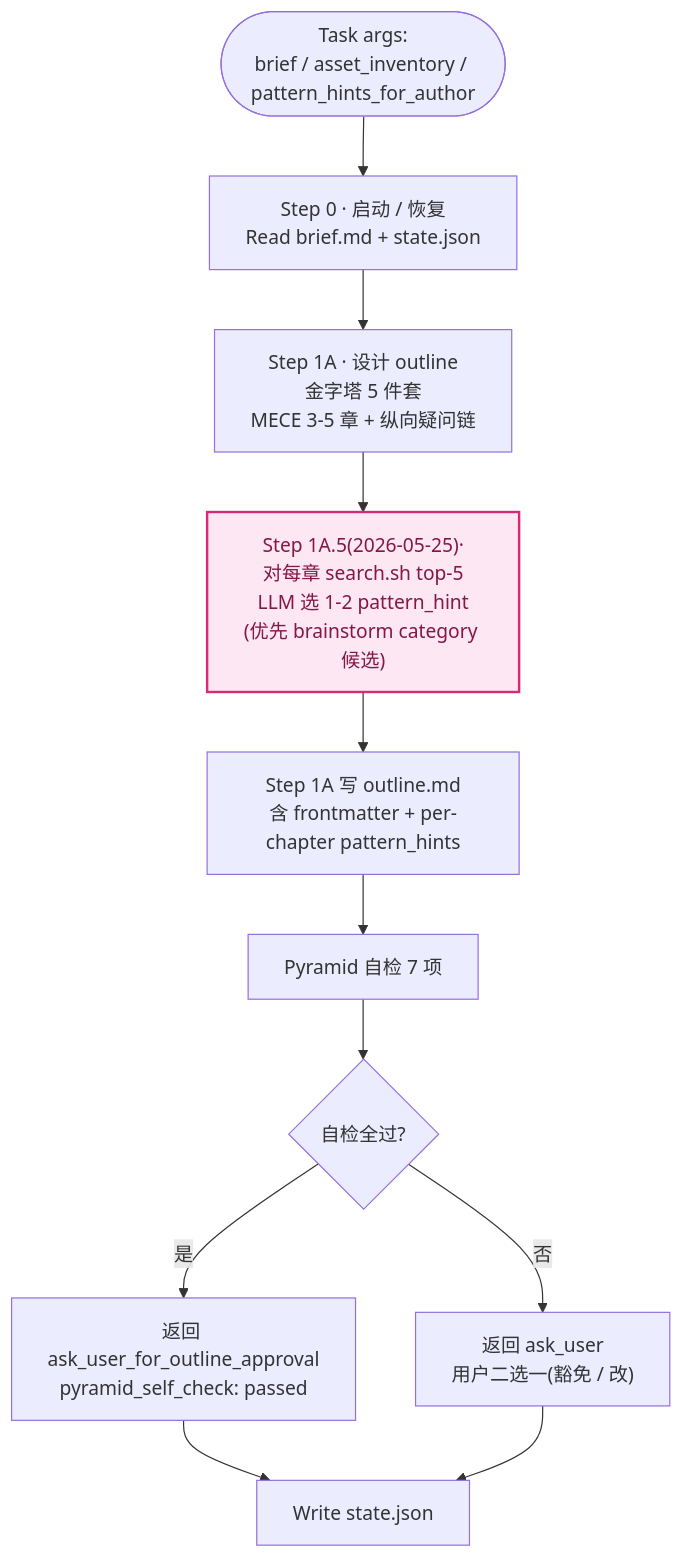
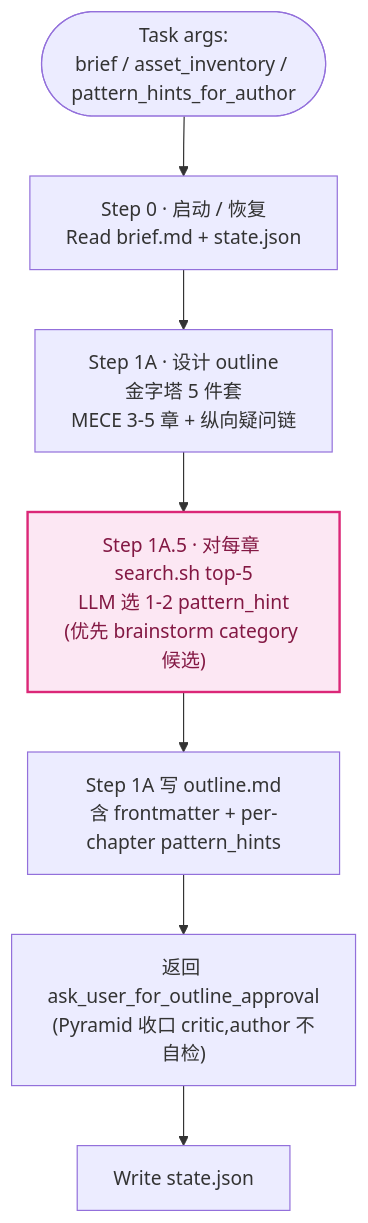
One commit to pcliangx/iLovePPT changed the seventh of 12 diagrams in docs/agent-internals.zh.md. Above: the diagram before and after it, drawn with Mermaid. The commit also changed other lines of this file and 38 other files, not shown here.

````diff
--- a/docs/agent-internals.zh.md
+++ b/docs/agent-internals.zh.md
@@ -674,17 +681,13 @@
 ```mermaid
 flowchart TB
     I([Task args:<br/>brief / asset_inventory / pattern_hints_for_author]) --> S0
     S0["Step 0 · 启动 / 恢复<br/>Read brief.md + state.json"] --> S1
     S1["Step 1A · 设计 outline<br/>金字塔 5 件套<br/>MECE 3-5 章 + 纵向疑问链"] --> S2
-    S2["Step 1A.5(2026-05-25)·<br/>对每章 search.sh top-5<br/>LLM 选 1-2 pattern_hint<br/>(优先 brainstorm category 候选)"]
+    S2["Step 1A.5 · 对每章 search.sh top-5<br/>LLM 选 1-2 pattern_hint<br/>(优先 brainstorm category 候选)"]
     S2 --> S3["Step 1A 写 outline.md<br/>含 frontmatter + per-chapter pattern_hints"]
-    S3 --> SP["Pyramid 自检 7 项"]
-    SP --> SD{自检全过?}
-    SD -->|是| OK["返回 ask_user_for_outline_approval<br/>pyramid_self_check: passed"]
-    SD -->|否| WA["返回 ask_user<br/>用户二选一(豁免 / 改)"]
+    S3 --> OK["返回 ask_user_for_outline_approval<br/>(Pyramid 收口 critic,author 不自检)"]
     OK --> WS["Write state.json"]
-    WA --> WS
 
     classDef rag fill:#FCE7F3,stroke:#DB2777,stroke-width:2px,color:#831843
     class S2 rag
 ```
````
